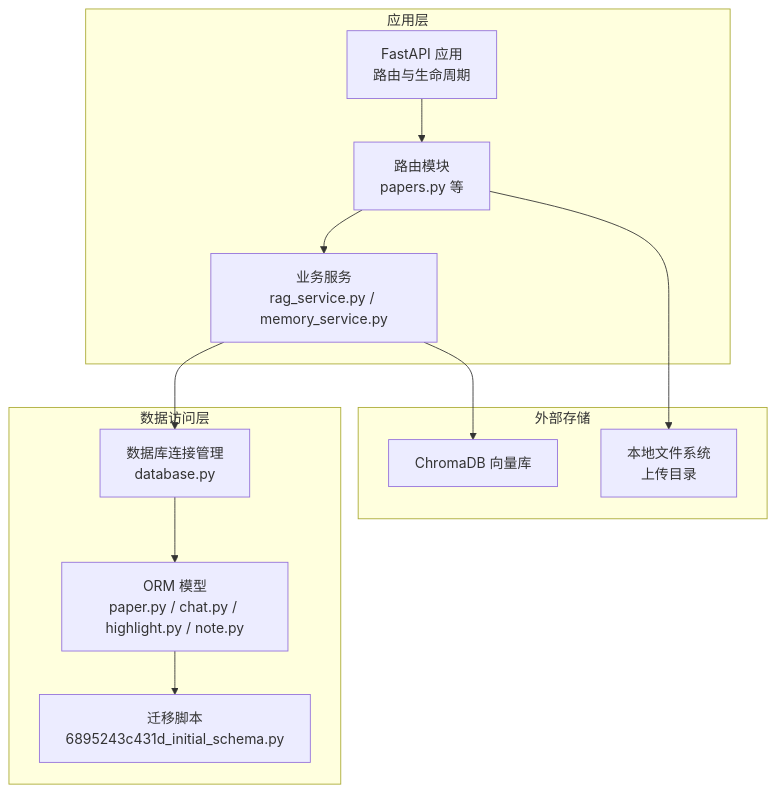
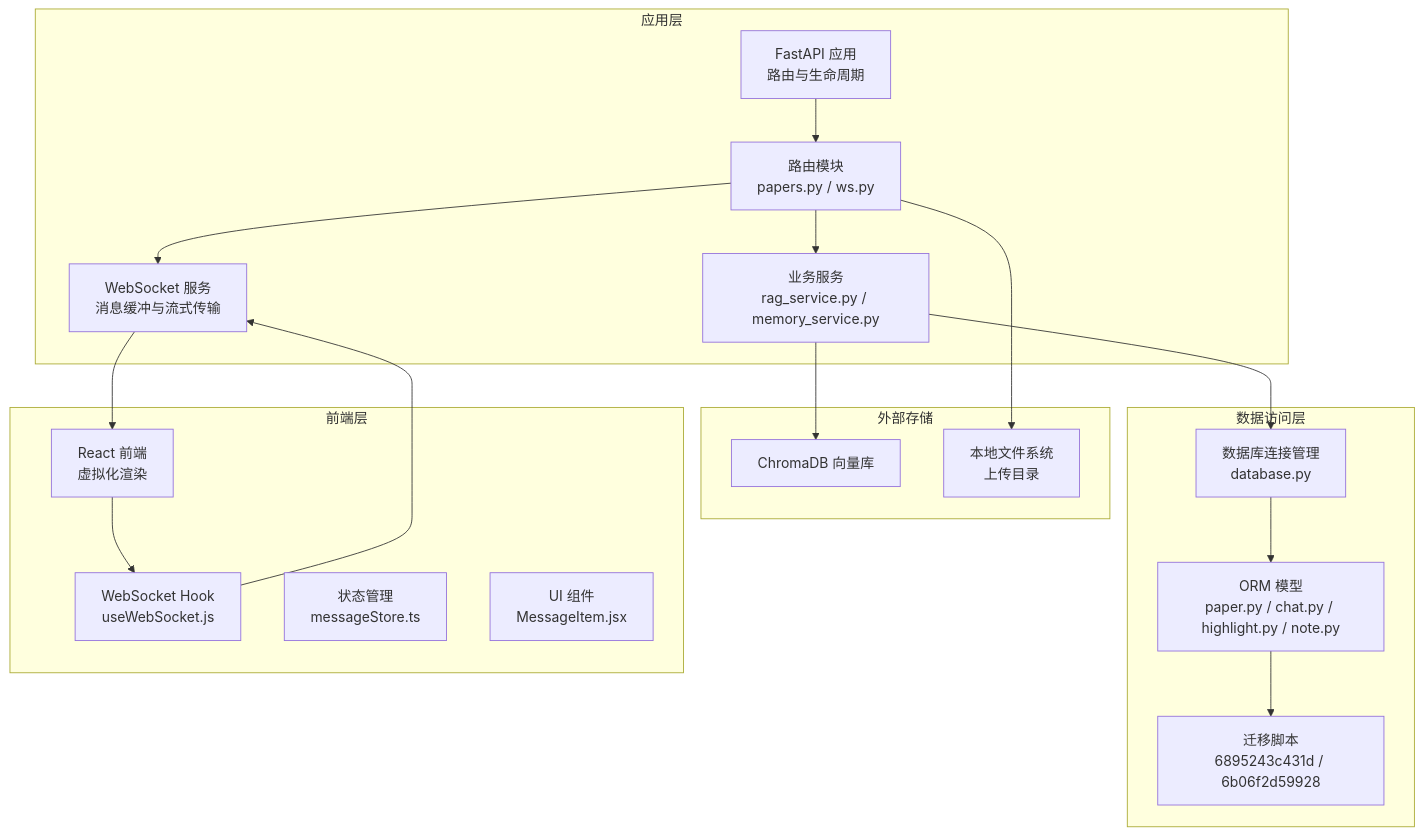
The first of 8 diagrams in .qoder/repowiki/zh/content/数据库设计/性能优化与索引策略.md (laohanhahaha/PaperChat), drawn with Mermaid before and after one commit. The commit also changed other lines of this file and 8 other files, not shown here.

````diff
--- a/.qoder/repowiki/zh/content/数据库设计/性能优化与索引策略.md
+++ b/.qoder/repowiki/zh/content/数据库设计/性能优化与索引策略.md
@@ -47,24 +62,35 @@
 ```mermaid
 graph TB
 subgraph "应用层"
 API["FastAPI 应用<br/>路由与生命周期"]
-Routers["路由模块<br/>papers.py 等"]
+Routers["路由模块<br/>papers.py / ws.py"]
 Services["业务服务<br/>rag_service.py / memory_service.py"]
+WebSocket["WebSocket 服务<br/>消息缓冲与流式传输"]
 end
 subgraph "数据访问层"
 DB["数据库连接管理<br/>database.py"]
 Models["ORM 模型<br/>paper.py / chat.py / highlight.py / note.py"]
-Alembic["迁移脚本<br/>6895243c431d_initial_schema.py"]
+Alembic["迁移脚本<br/>6895243c431d / 6b06f2d59928"]
 end
 subgraph "外部存储"
 Chroma["ChromaDB 向量库"]
 FS["本地文件系统<br/>上传目录"]
 end
+subgraph "前端层"
+Frontend["React 前端<br/>虚拟化渲染"]
+Hooks["WebSocket Hook<br/>useWebSocket.js"]
+Stores["状态管理<br/>messageStore.ts"]
+Components["UI 组件<br/>MessageItem.jsx"]
+end
 API --> Routers
 Routers --> Services
+Routers --> WebSocket
 Services --> DB
 DB --> Models
 Models --> Alembic
 Services --> Chroma
 Routers --> FS
+Frontend --> Hooks
+Hooks --> WebSocket
+WebSocket --> Frontend
 ```
````
